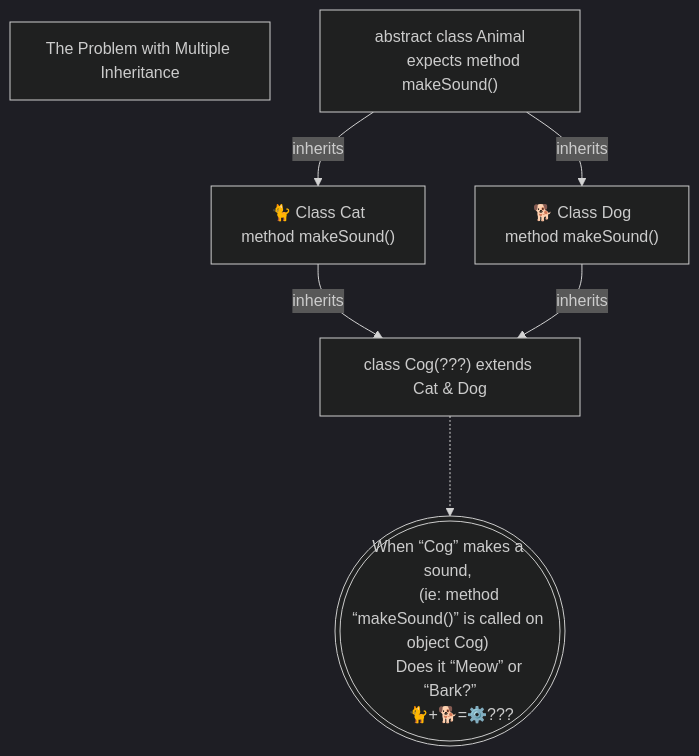
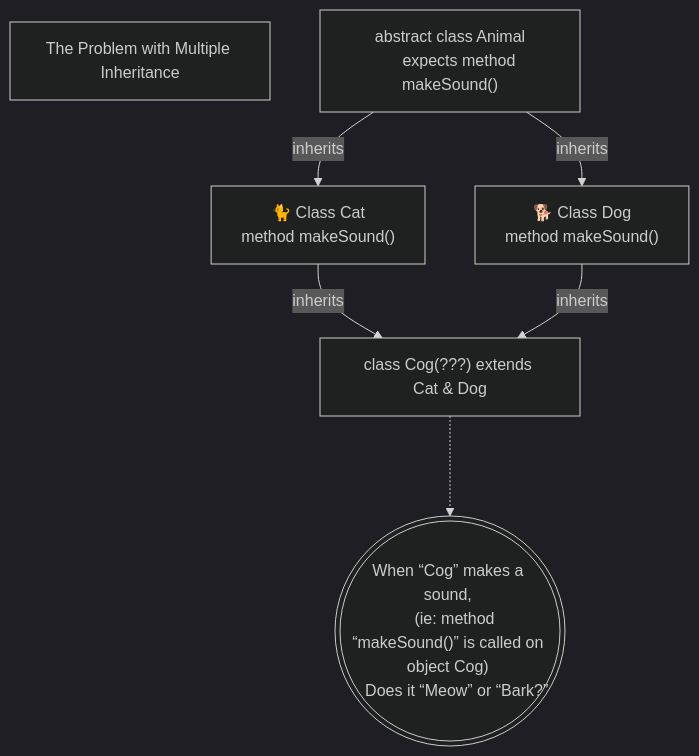
One commit to realityexpander/How_to_program_from_ground_up changed the sixth of 6 diagrams in 09-ClassOrientedProgramming.md. Above: the diagram before and after it, drawn with Mermaid (dark theme).

Commit message:
improve formatting

````diff
--- a/09-ClassOrientedProgramming.md
+++ b/09-ClassOrientedProgramming.md
@@ -713,19 +713,18 @@
     ```mermaid
       flowchart TD
          X["The Problem with Multiple Inheritance"]
          Animal["
            abstract class Animal
            expects method makeSound()
          "] -->|inherits| Cat["🐈 Class Cat
             method makeSound()
          "] & Dog["🐕 Class Dog
              method makeSound()
          "]-->|inherits| Cog???["class Cog(???) extends Cat & Dog"]
       
          Cog??? -..-> Y((("
          When “Cog” makes a sound, 
          (ie: method “makeSound()” is called on object Cog) 
          Does it “Meow” or “Bark?”"
-         🐈+🐕=⚙️???
-    ))) 
+         ))) 
       ```
````
